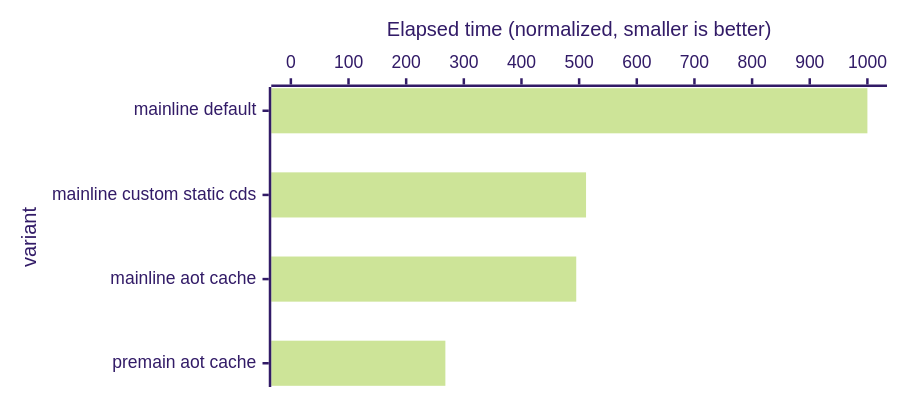
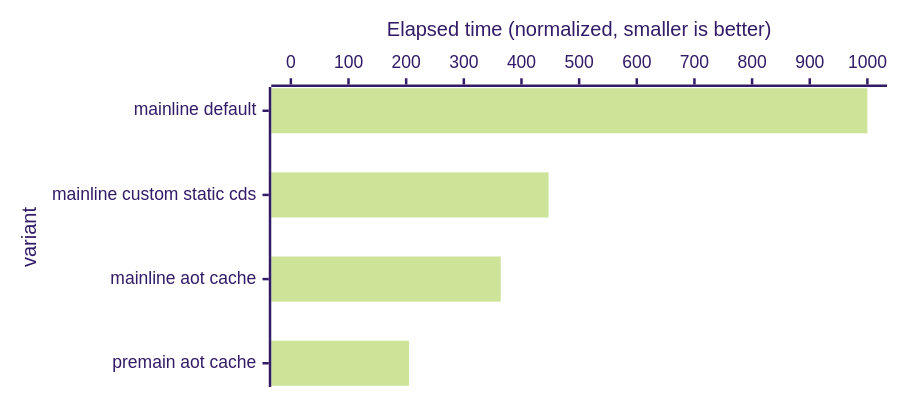
Before and after one commit to openjdk/leyden: the tenth of 12 diagrams in benchmarks/README.md, drawn with Mermaid. The commit also changed other lines of this file and 4 other files, not shown here.

````diff
--- a/benchmarks/README.md
+++ b/benchmarks/README.md
@@ -269,13 +269,13 @@
 ```mermaid
 ---
 config:
     theme: "forest"
     xyChart:
         chartOrientation: horizontal
         height: 300
 ---
 xychart-beta
     x-axis "variant" ["mainline default", "mainline custom static cds", "mainline aot cache", "premain aot cache"]
     y-axis "Elapsed time (normalized, smaller is better)" 0 --> 1000
-    bar [1000, 512, 495, 268]
+    bar [1000, 447, 364, 205]
 ```
````
